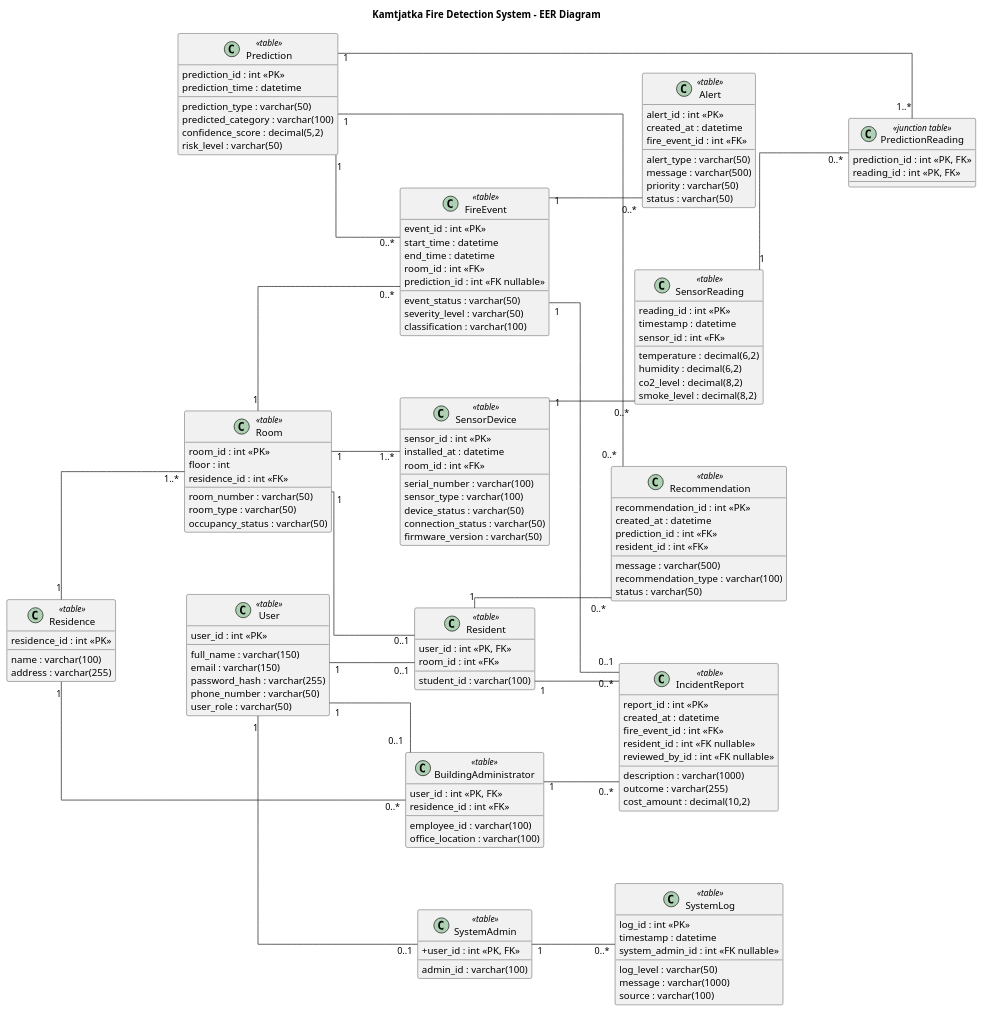
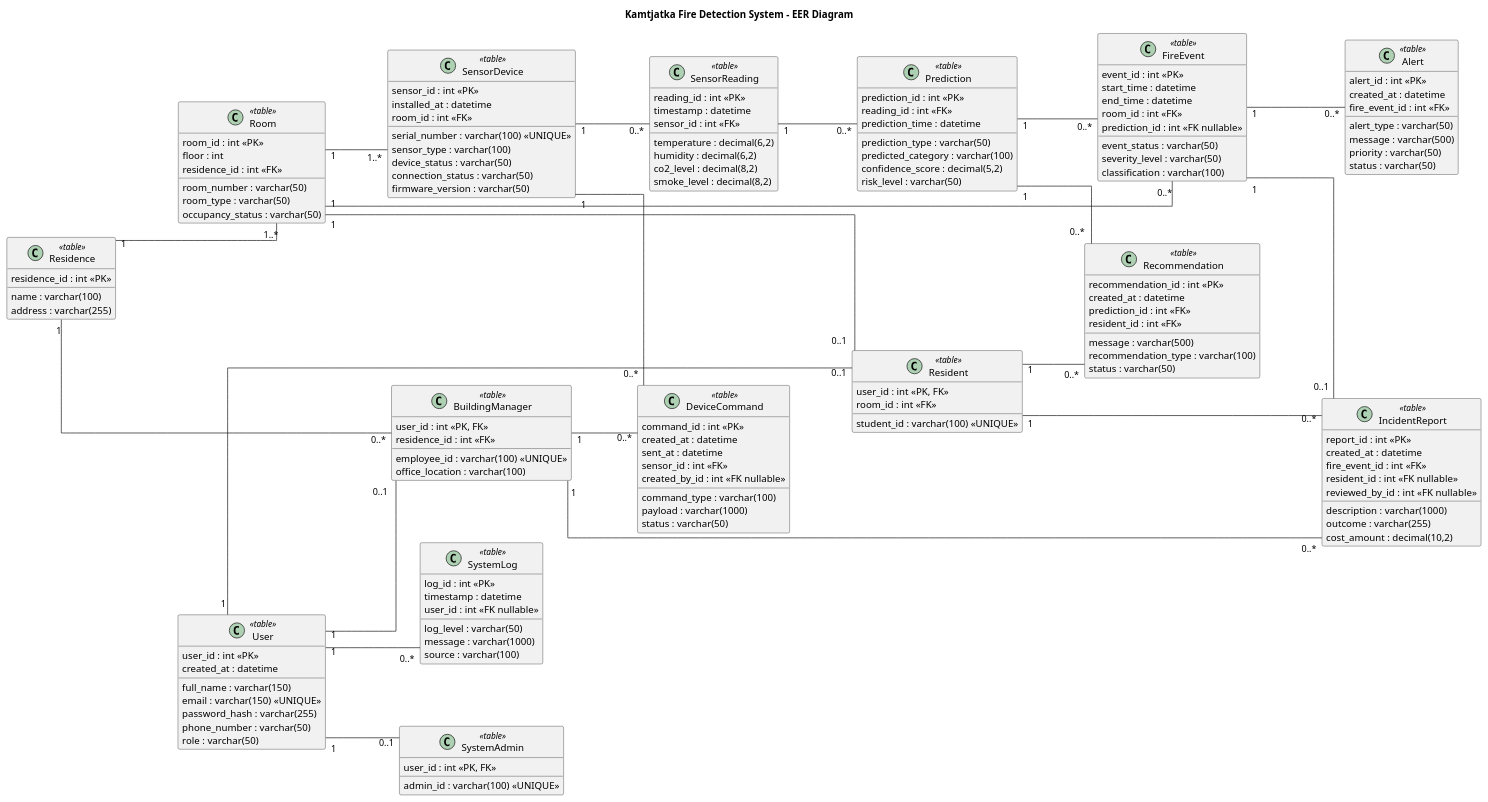
The diagram in Analysis/EER/eer-diagram.puml (SEP4Spring2026/SEP4), drawn with PlantUML before and after one commit. The commit also changed 5 other files, not shown here.

```diff
--- a/Analysis/EER/eer-diagram.puml
+++ b/Analysis/EER/eer-diagram.puml
@@ -1,168 +1,179 @@
 @startuml
 title Kamtjatka Fire Detection System - EER Diagram
 
 skinparam classAttributeIconSize 0
 skinparam shadowing false
 skinparam linetype ortho
 skinparam nodesep 90
 skinparam ranksep 90
 skinparam packageStyle rectangle
 
 left to right direction
 
 class Residence <<table>> {
   residence_id : int <<PK>>
   name : varchar(100)
   address : varchar(255)
 }
 
 class Room <<table>> {
   room_id : int <<PK>>
   room_number : varchar(50)
   floor : int
   room_type : varchar(50)
   occupancy_status : varchar(50)
   residence_id : int <<FK>>
 }
 
 class User <<table>> {
   user_id : int <<PK>>
   full_name : varchar(150)
-  email : varchar(150)
+  email : varchar(150) <<UNIQUE>>
   password_hash : varchar(255)
   phone_number : varchar(50)
-  user_role : varchar(50)
+  role : varchar(50)
+  created_at : datetime
 }
 
 class Resident <<table>> {
   user_id : int <<PK, FK>>
-  student_id : varchar(100)
+  student_id : varchar(100) <<UNIQUE>>
   room_id : int <<FK>>
 }
 
-class BuildingAdministrator <<table>> {
+class BuildingManager <<table>> {
   user_id : int <<PK, FK>>
-  employee_id : varchar(100)
+  employee_id : varchar(100) <<UNIQUE>>
   office_location : varchar(100)
   residence_id : int <<FK>>
 }
 
 class SystemAdmin <<table>> {
-  +user_id : int <<PK, FK>>
-  admin_id : varchar(100)
+  user_id : int <<PK, FK>>
+  admin_id : varchar(100) <<UNIQUE>>
 }
 
 class SensorDevice <<table>> {
   sensor_id : int <<PK>>
-  serial_number : varchar(100)
+  serial_number : varchar(100) <<UNIQUE>>
   sensor_type : varchar(100)
   installed_at : datetime
   device_status : varchar(50)
   connection_status : varchar(50)
   firmware_version : varchar(50)
   room_id : int <<FK>>
 }
 
 class SensorReading <<table>> {
   reading_id : int <<PK>>
   timestamp : datetime
   temperature : decimal(6,2)
   humidity : decimal(6,2)
   co2_level : decimal(8,2)
   smoke_level : decimal(8,2)
   sensor_id : int <<FK>>
 }
 
 class Prediction <<table>> {
   prediction_id : int <<PK>>
+  reading_id : int <<FK>>
   prediction_time : datetime
   prediction_type : varchar(50)
   predicted_category : varchar(100)
   confidence_score : decimal(5,2)
   risk_level : varchar(50)
-}
-
-class PredictionReading <<junction table>> {
-  prediction_id : int <<PK, FK>>
-  reading_id : int <<PK, FK>>
 }
 
 class FireEvent <<table>> {
   event_id : int <<PK>>
   start_time : datetime
   end_time : datetime
   event_status : varchar(50)
   severity_level : varchar(50)
   classification : varchar(100)
   room_id : int <<FK>>
   prediction_id : int <<FK nullable>>
 }
 
 class Alert <<table>> {
   alert_id : int <<PK>>
   created_at : datetime
   alert_type : varchar(50)
   message : varchar(500)
   priority : varchar(50)
   status : varchar(50)
   fire_event_id : int <<FK>>
 }
 
 class Recommendation <<table>> {
   recommendation_id : int <<PK>>
   created_at : datetime
   message : varchar(500)
   recommendation_type : varchar(100)
   status : varchar(50)
   prediction_id : int <<FK>>
   resident_id : int <<FK>>
 }
 
 class IncidentReport <<table>> {
   report_id : int <<PK>>
   created_at : datetime
   description : varchar(1000)
   outcome : varchar(255)
   cost_amount : decimal(10,2)
   fire_event_id : int <<FK>>
   resident_id : int <<FK nullable>>
   reviewed_by_id : int <<FK nullable>>
 }
 
+class DeviceCommand <<table>> {
+  command_id : int <<PK>>
+  command_type : varchar(100)
+  payload : varchar(1000)
+  status : varchar(50)
+  created_at : datetime
+  sent_at : datetime
+  sensor_id : int <<FK>>
+  created_by_id : int <<FK nullable>>
+}
+
 class SystemLog <<table>> {
   log_id : int <<PK>>
   timestamp : datetime
   log_level : varchar(50)
   message : varchar(1000)
   source : varchar(100)
-  system_admin_id : int <<FK nullable>>
+  user_id : int <<FK nullable>>
 }
 
 Residence "1" -- "1..*" Room
-Residence "1" -- "0..*" BuildingAdministrator
+Residence "1" -- "0..*" BuildingManager
 
 User "1" -- "0..1" Resident
-User "1" -- "0..1" BuildingAdministrator
+User "1" -- "0..1" BuildingManager
 User "1" -- "0..1" SystemAdmin
 
 Room "1" -- "0..1" Resident
 Room "1" -- "1..*" SensorDevice
 Room "1" -- "0..*" FireEvent
 
 SensorDevice "1" -- "0..*" SensorReading
+SensorDevice "1" -- "0..*" DeviceCommand
 
-Prediction "1" -- "1..*" PredictionReading
-SensorReading "1" -- "0..*" PredictionReading
+SensorReading "1" -- "0..*" Prediction
 
 Prediction "1" -- "0..*" FireEvent
-FireEvent "1" -- "0..*" Alert
 Prediction "1" -- "0..*" Recommendation
 
+FireEvent "1" -- "0..*" Alert
+FireEvent "1" -- "0..1" IncidentReport
+
 Resident "1" -- "0..*" Recommendation
-FireEvent "1" -- "0..1" IncidentReport
 Resident "1" -- "0..*" IncidentReport
-BuildingAdministrator "1" -- "0..*" IncidentReport
 
-SystemAdmin "1" -- "0..*" SystemLog
+BuildingManager "1" -- "0..*" IncidentReport
+BuildingManager "1" -- "0..*" DeviceCommand
+
+User "1" -- "0..*" SystemLog
 
 @enduml
```
